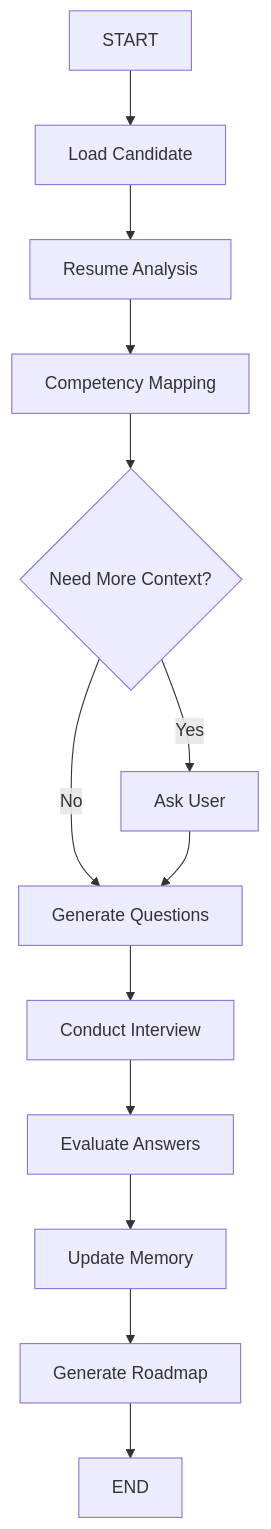
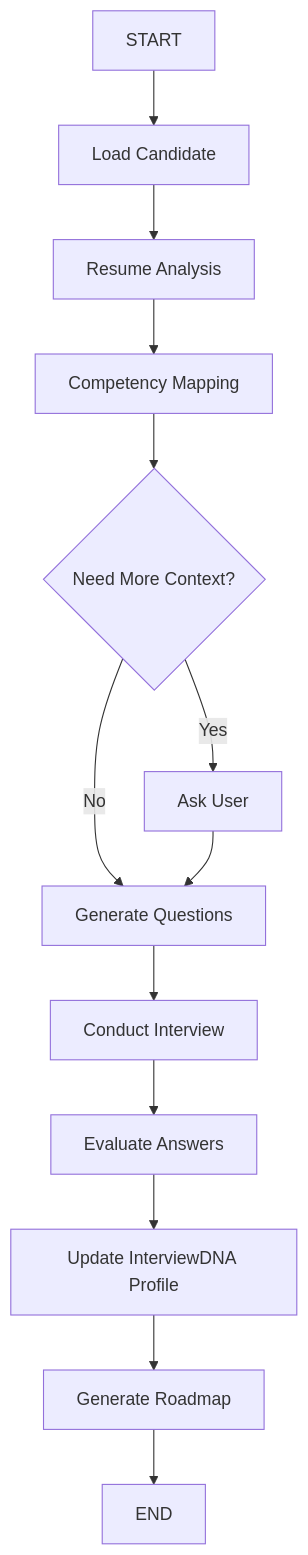
One commit to ravizf/Lumify changed the second of 2 diagrams in docs/agent-workflow.md. Above: the diagram before and after it, drawn with Mermaid. The commit also changed other lines of this file and 9 other files, not shown here.

````diff
--- a/docs/agent-workflow.md
+++ b/docs/agent-workflow.md
@@ -47,15 +41,15 @@
 ```mermaid
 flowchart TD
   A[START] --> B[Load Candidate]
   B --> C[Resume Analysis]
   C --> D[Competency Mapping]
   D --> E{Need More Context?}
   E -->|Yes| F[Ask User]
   E -->|No| G[Generate Questions]
   F --> G
   G --> H[Conduct Interview]
   H --> I[Evaluate Answers]
-  I --> J[Update Memory]
+  I --> J[Update InterviewDNA Profile]
   J --> K[Generate Roadmap]
   K --> L[END]
 ```
````
